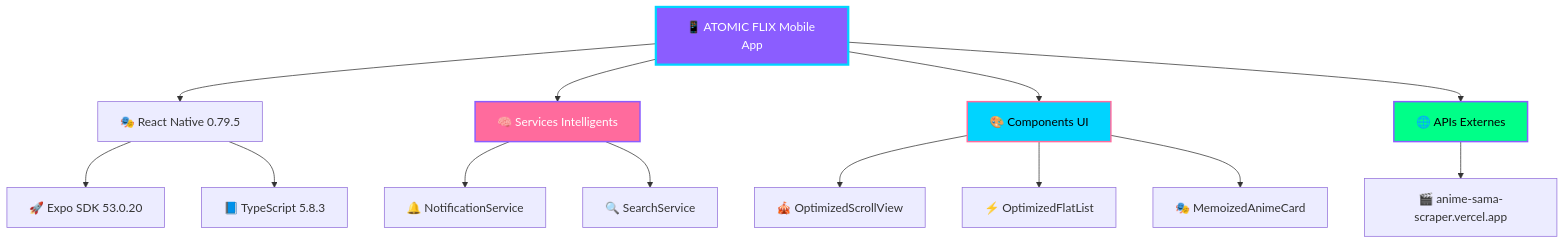
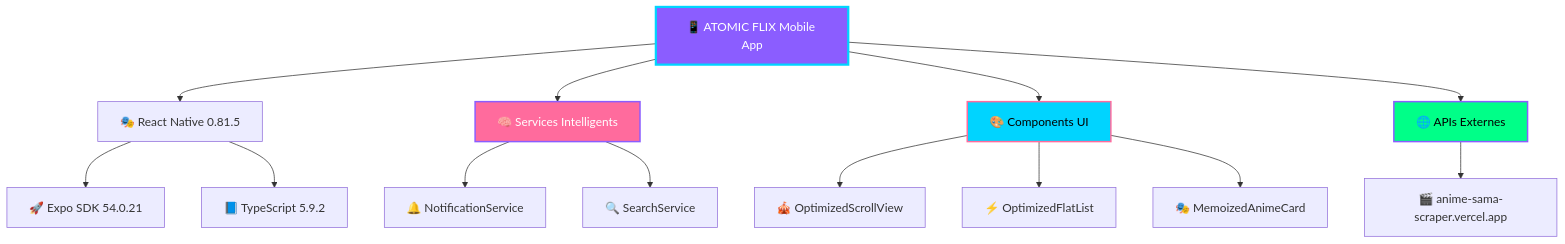
Before and after one commit to Atomic-tech-Shadow/Atomic-flix-mobile: the diagram in README.md, drawn with Mermaid. The commit also changed other lines of this file and 3 other files, not shown here.

````diff
--- a/README.md
+++ b/README.md
@@ -96,23 +96,23 @@
 ```mermaid
 graph TB
-    A[📱 ATOMIC FLIX Mobile App] --> B[🎭 React Native 0.79.5]
-    B --> C[🚀 Expo SDK 53.0.20]
-    B --> D[📘 TypeScript 5.8.3]
+    A[📱 ATOMIC FLIX Mobile App] --> B[🎭 React Native 0.81.5]
+    B --> C[🚀 Expo SDK 54.0.21]
+    B --> D[📘 TypeScript 5.9.2]
     
     A --> E[🧠 Services Intelligents]
     E --> G[🔔 NotificationService]
     E --> H[🔍 SearchService]
     
     A --> J[🎨 Components UI]
     J --> K[🎪 OptimizedScrollView]
     J --> L[⚡ OptimizedFlatList]
     J --> M[🎭 MemoizedAnimeCard]
     
     A --> N[🌐 APIs Externes]
     N --> O[🎬 anime-sama-scraper.vercel.app]
     
     style A fill:#8B5DFF,stroke:#00D4FF,stroke-width:3px,color:#fff
     style E fill:#FF6B9D,stroke:#8B5DFF,stroke-width:2px,color:#fff
     style J fill:#00D4FF,stroke:#FF6B9D,stroke-width:2px,color:#000
     style N fill:#00FF88,stroke:#8B5DFF,stroke-width:2px,color:#000
 ```
````
